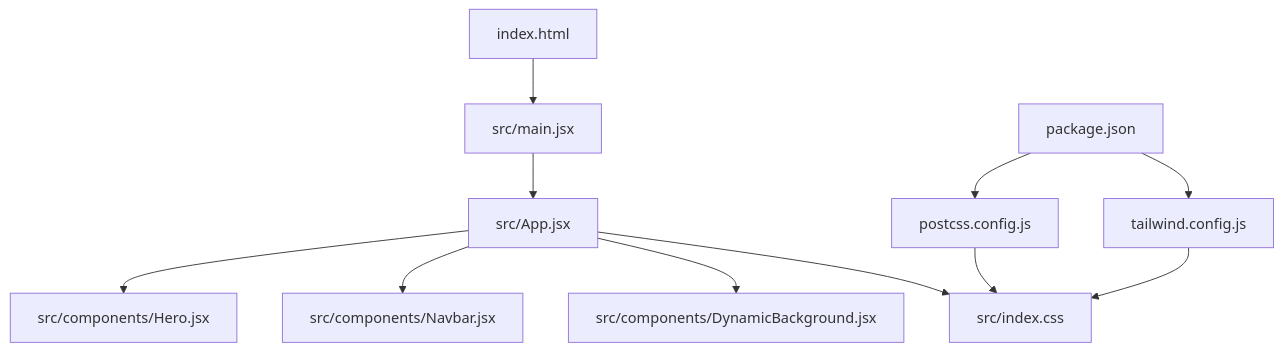
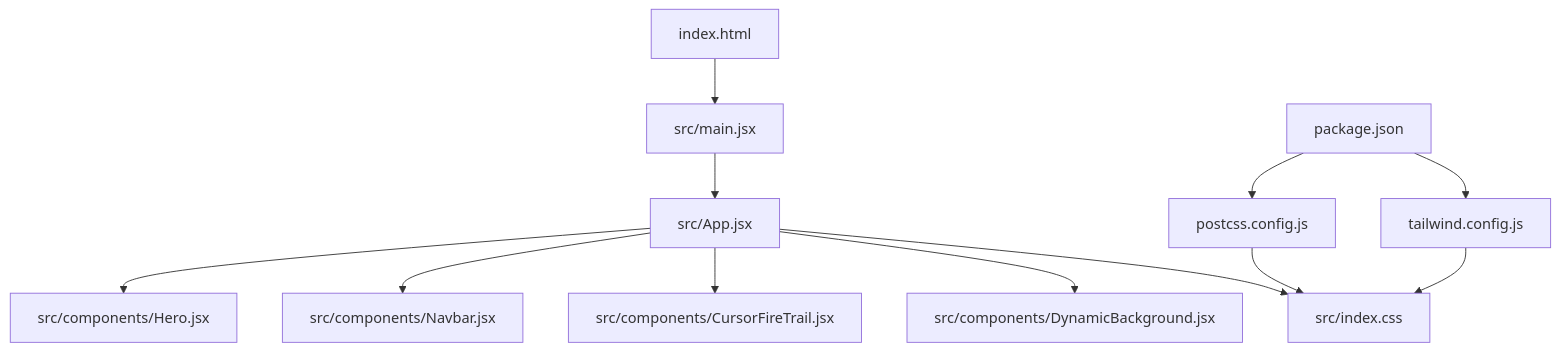
The first of 3 diagrams in .qoder/repowiki/en/content/Styling & Theming.md (Gokulnath33/portfolio), drawn with Mermaid before and after one commit. The commit also changed other lines of this file and 29 other files, not shown here.

````diff
--- a/.qoder/repowiki/en/content/Styling & Theming.md
+++ b/.qoder/repowiki/en/content/Styling & Theming.md
@@ -38,13 +48,14 @@
 ```mermaid
 graph TB
 A["index.html"] --> B["src/main.jsx"]
 B --> C["src/App.jsx"]
 C --> D["src/index.css"]
 C --> E["src/components/DynamicBackground.jsx"]
-C --> F["src/components/Navbar.jsx"]
-C --> G["src/components/Hero.jsx"]
-H["tailwind.config.js"] --> D
-I["postcss.config.js"] --> D
-J["package.json"] --> H
-J --> I
+C --> F["src/components/CursorFireTrail.jsx"]
+C --> G["src/components/Navbar.jsx"]
+C --> H["src/components/Hero.jsx"]
+I["tailwind.config.js"] --> D
+J["postcss.config.js"] --> D
+K["package.json"] --> I
+K --> J
 ```
````
